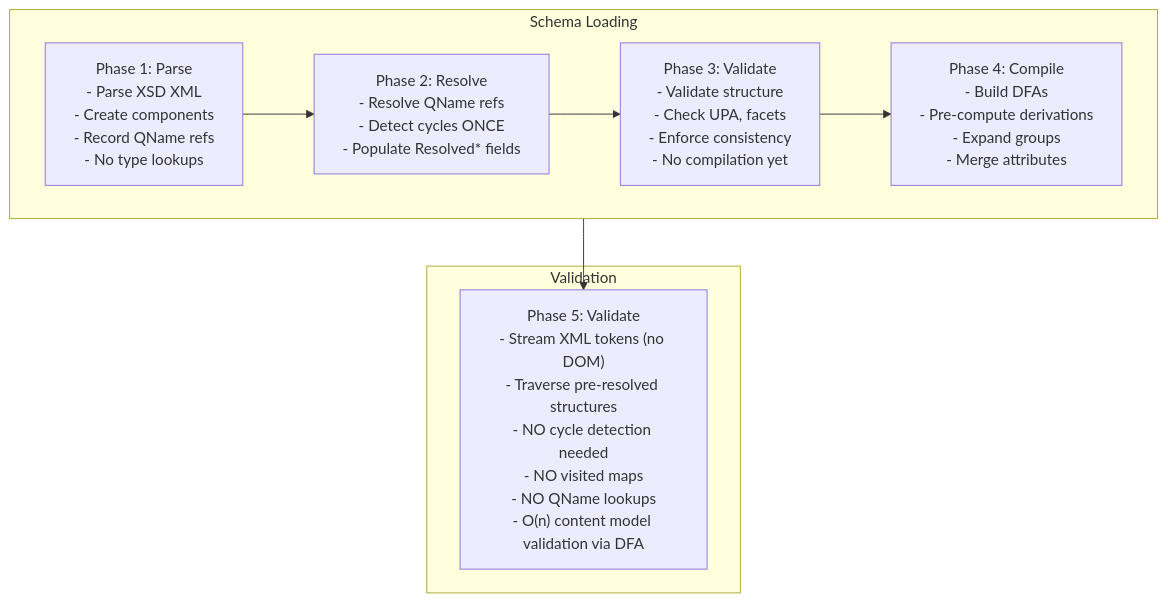
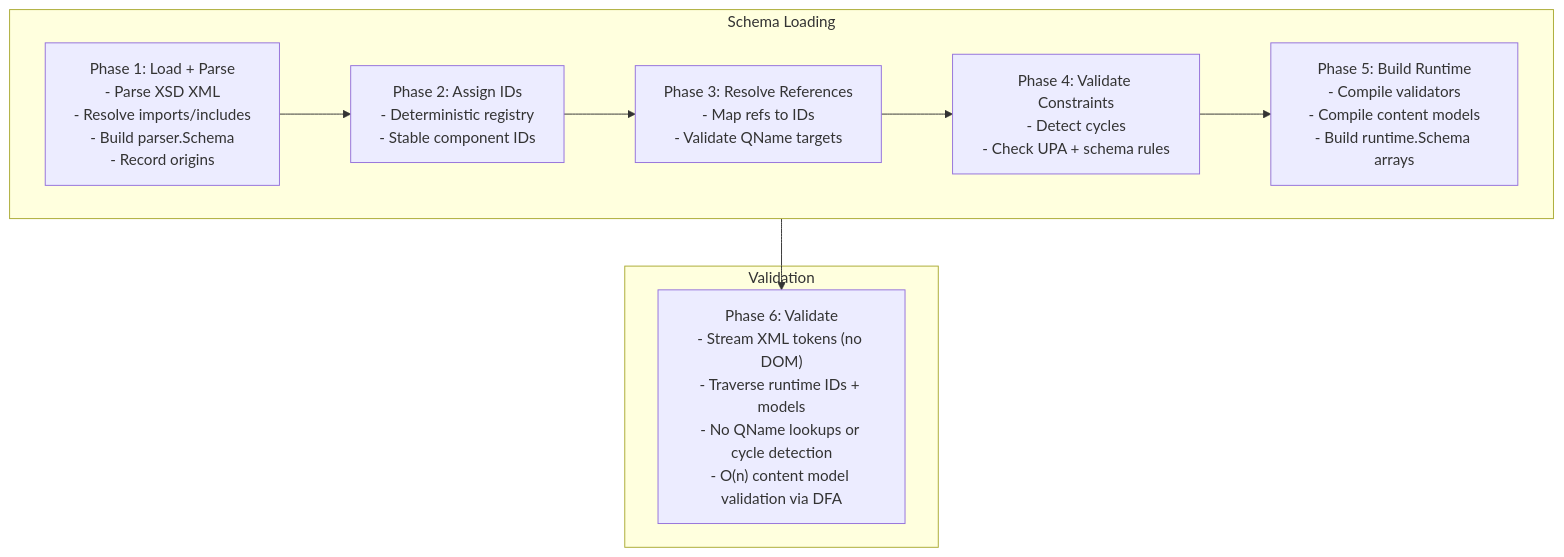
Before and after one commit to jacoelho/xsd: the first of 5 diagrams in docs/architecture.md, drawn with Mermaid. The commit also changed other lines of this file and 285 other files, not shown here.

First line of the commit message:
refactor: runtime schema build and validation engine (#40)

````diff
--- a/docs/architecture.md
+++ b/docs/architecture.md
@@ -26,15 +26,16 @@
 ```mermaid
 flowchart TD
   subgraph SchemaLoading["Schema Loading"]
     direction LR
-    P1["Phase 1: Parse<br/>- Parse XSD XML<br/>- Create components<br/>- Record QName refs<br/>- No type lookups"]
-    P2["Phase 2: Resolve<br/>- Resolve QName refs<br/>- Detect cycles ONCE<br/>- Populate Resolved* fields"]
-    P3["Phase 3: Validate<br/>- Validate structure<br/>- Check UPA, facets<br/>- Enforce consistency<br/>- No compilation yet"]
-    P4["Phase 4: Compile<br/>- Build DFAs<br/>- Pre-compute derivations<br/>- Expand groups<br/>- Merge attributes"]
-    P1 --> P2 --> P3 --> P4
+    P1["Phase 1: Load + Parse<br/>- Parse XSD XML<br/>- Resolve imports/includes<br/>- Build parser.Schema<br/>- Record origins"]
+    P2["Phase 2: Assign IDs<br/>- Deterministic registry<br/>- Stable component IDs"]
+    P3["Phase 3: Resolve References<br/>- Map refs to IDs<br/>- Validate QName targets"]
+    P4["Phase 4: Validate Constraints<br/>- Detect cycles<br/>- Check UPA + schema rules"]
+    P5["Phase 5: Build Runtime<br/>- Compile validators<br/>- Compile content models<br/>- Build runtime.Schema arrays"]
+    P1 --> P2 --> P3 --> P4 --> P5
   end
   subgraph Validation
-    P5["Phase 5: Validate<br/>- Stream XML tokens (no DOM)<br/>- Traverse pre-resolved structures<br/>- NO cycle detection needed<br/>- NO visited maps<br/>- NO QName lookups<br/>- O(n) content model validation via DFA"]
+    P6["Phase 6: Validate<br/>- Stream XML tokens (no DOM)<br/>- Traverse runtime IDs + models<br/>- No QName lookups or cycle detection<br/>- O(n) content model validation via DFA"]
   end
-  P4 --> P5
+  P5 --> P6
 ```
````
